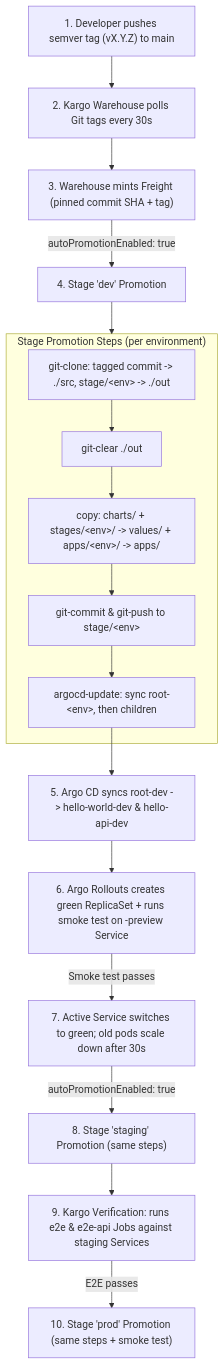
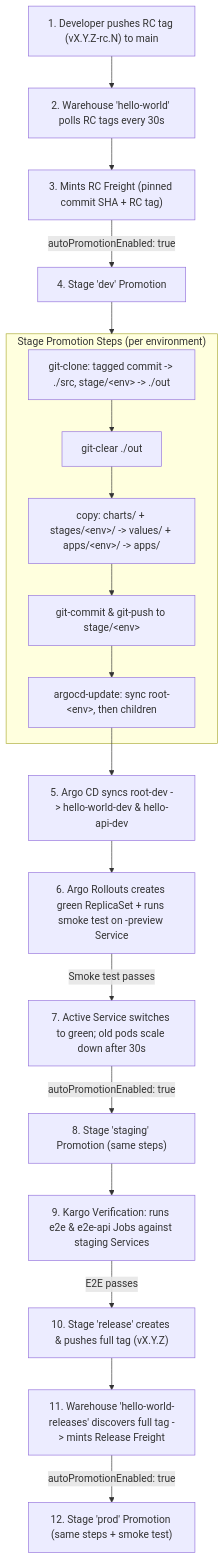
Before and after one commit to mdgilene/kargo-experiment: the diagram in docs/architecture.md, drawn with Mermaid. The commit also changed other lines of this file and 8 other files, not shown here.

Commit message:
Switch to RC-tag-driven pipeline with automatic full-tag promotion (v0.4.0-rc.1)

````diff
--- a/docs/architecture.md
+++ b/docs/architecture.md
@@ -26,23 +26,25 @@
 ```mermaid
 flowchart TD
-    A["1. Developer pushes semver tag (vX.Y.Z) to main"] --> B["2. Kargo Warehouse polls Git tags every 30s"]
-    B --> C["3. Warehouse mints Freight (pinned commit SHA + tag)"]
+    A["1. Developer pushes RC tag (vX.Y.Z-rc.N) to main"] --> B["2. Warehouse 'hello-world' polls RC tags every 30s"]
+    B --> C["3. Mints RC Freight (pinned commit SHA + RC tag)"]
     C -->|autoPromotionEnabled: true| D["4. Stage 'dev' Promotion"]
 
     subgraph Promotion["Stage Promotion Steps (per environment)"]
         P1["git-clone: tagged commit -> ./src, stage/&lt;env&gt; -> ./out"]
         P2["git-clear ./out"]
         P3["copy: charts/ + stages/&lt;env&gt;/ -> values/ + apps/&lt;env&gt;/ -> apps/"]
         P4["git-commit & git-push to stage/&lt;env&gt;"]
         P5["argocd-update: sync root-&lt;env&gt;, then children"]
         P1 --> P2 --> P3 --> P4 --> P5
     end
 
     D --> Promotion
     P5 --> E["5. Argo CD syncs root-dev -> hello-world-dev & hello-api-dev"]
     E --> F["6. Argo Rollouts creates green ReplicaSet + runs smoke test on -preview Service"]
     F -->|Smoke test passes| G["7. Active Service switches to green; old pods scale down after 30s"]
     G -->|autoPromotionEnabled: true| H["8. Stage 'staging' Promotion (same steps)"]
     H --> I["9. Kargo Verification: runs e2e & e2e-api Jobs against staging Services"]
-    I -->|E2E passes| J["10. Stage 'prod' Promotion (same steps + smoke test)"]
+    I -->|E2E passes| J["10. Stage 'release' creates & pushes full tag (vX.Y.Z)"]
+    J --> K["11. Warehouse 'hello-world-releases' discovers full tag -> mints Release Freight"]
+    K -->|autoPromotionEnabled: true| L["12. Stage 'prod' Promotion (same steps + smoke test)"]
 ```
````
